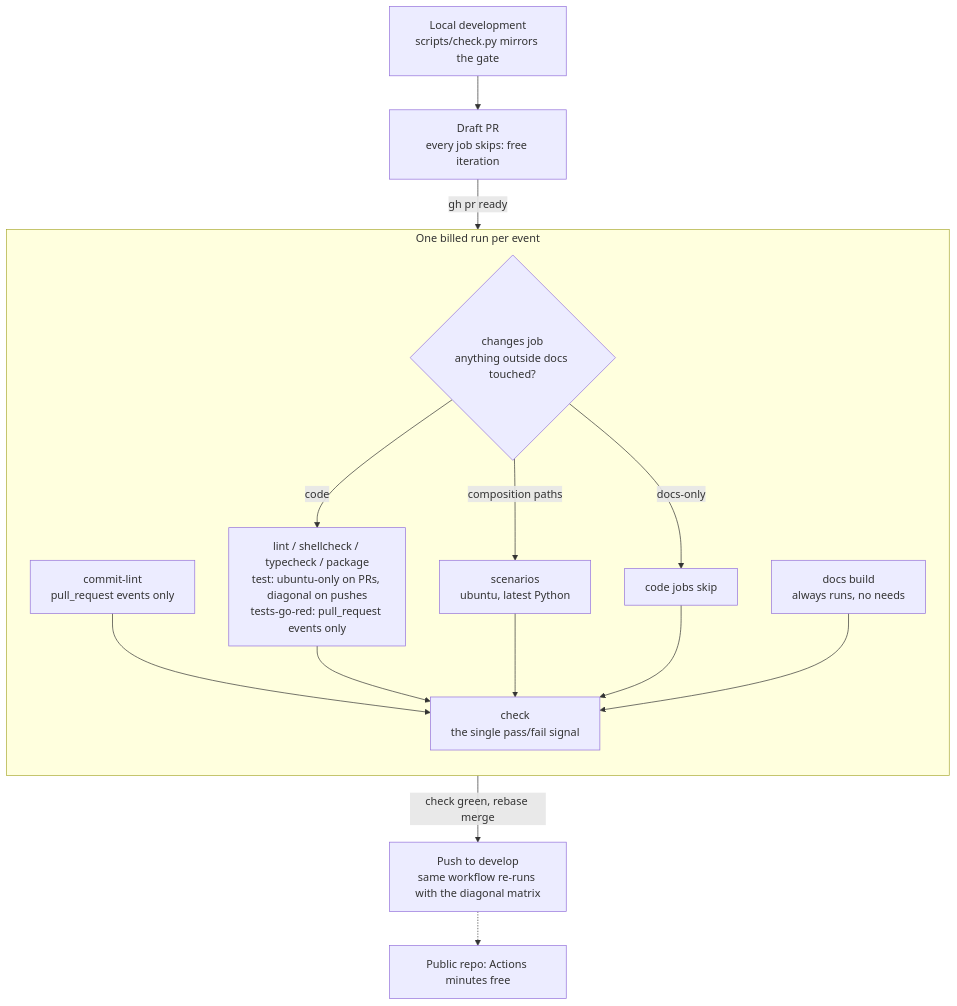
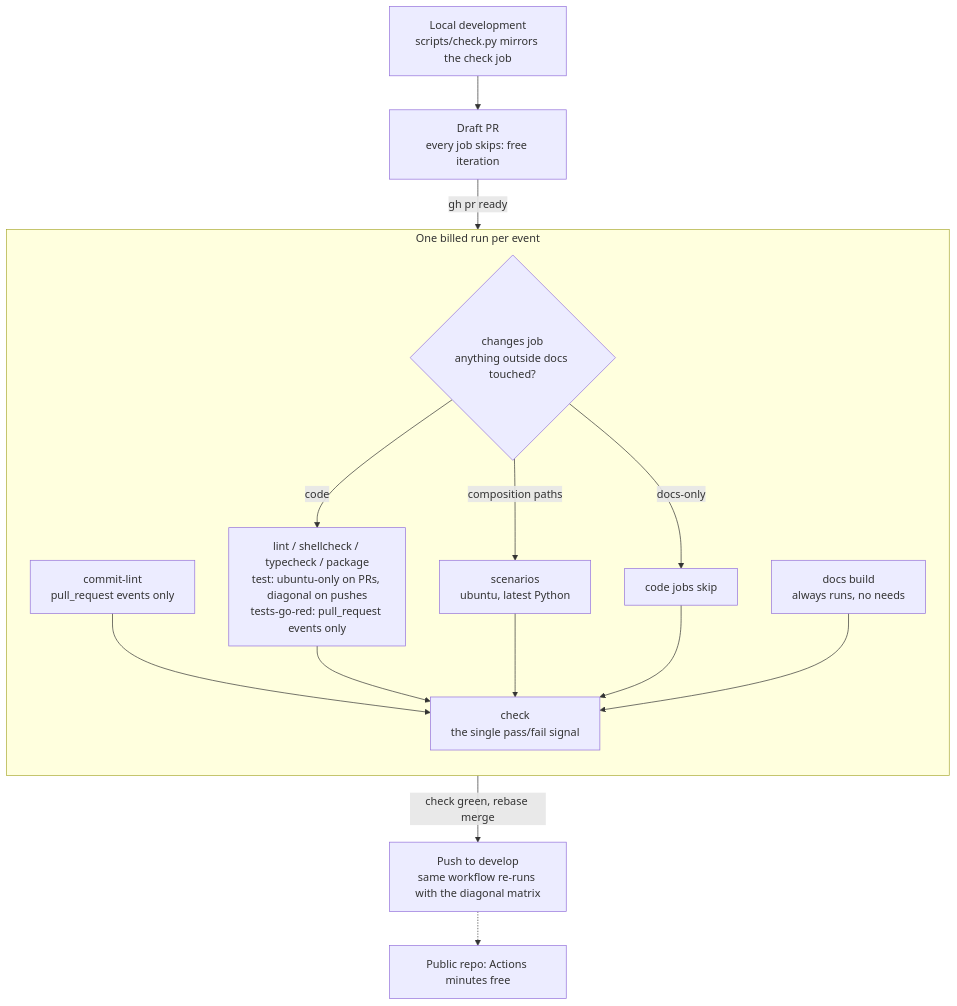
One commit to TheRealBillSiegler/boilerplate changed the diagram in docs/governance/ci.md. Above: the diagram before and after it, drawn with Mermaid. The commit also changed other lines of this file and 6 other files, not shown here.

First line of the commit message:
docs: call the local gate the local check

````diff
--- a/docs/governance/ci.md
+++ b/docs/governance/ci.md
@@ -7,21 +7,21 @@
 ```mermaid
 flowchart TD
-    dev["Local development<br>scripts/check.py mirrors the gate"] --> draft["Draft PR<br>every job skips: free iteration"]
+    dev["Local development<br>scripts/check.py mirrors the check job"] --> draft["Draft PR<br>every job skips: free iteration"]
     draft -- "gh pr ready" --> run
     subgraph run["One billed run per event"]
         direction TB
         changes{"changes job<br>anything outside docs touched?"}
         changes -- "docs-only" --> skip["code jobs skip"]
         changes -- "code" --> code["lint / shellcheck / typecheck / package<br>test: ubuntu-only on PRs, diagonal on pushes<br>tests-go-red: pull_request events only"]
         changes -- "composition paths" --> scen["scenarios<br>ubuntu, latest Python"]
         docsjob["docs build<br>always runs, no needs"]
         lint["commit-lint<br>pull_request events only"]
         lint --> gate
         code --> gate["check<br>the single pass/fail signal"]
         scen --> gate
         skip --> gate
         docsjob --> gate
     end
     run -- "check green, rebase merge" --> push["Push to develop<br>same workflow re-runs with the diagonal matrix"]
     push -.-> free["Public repo: Actions minutes free"]
 ```
````
